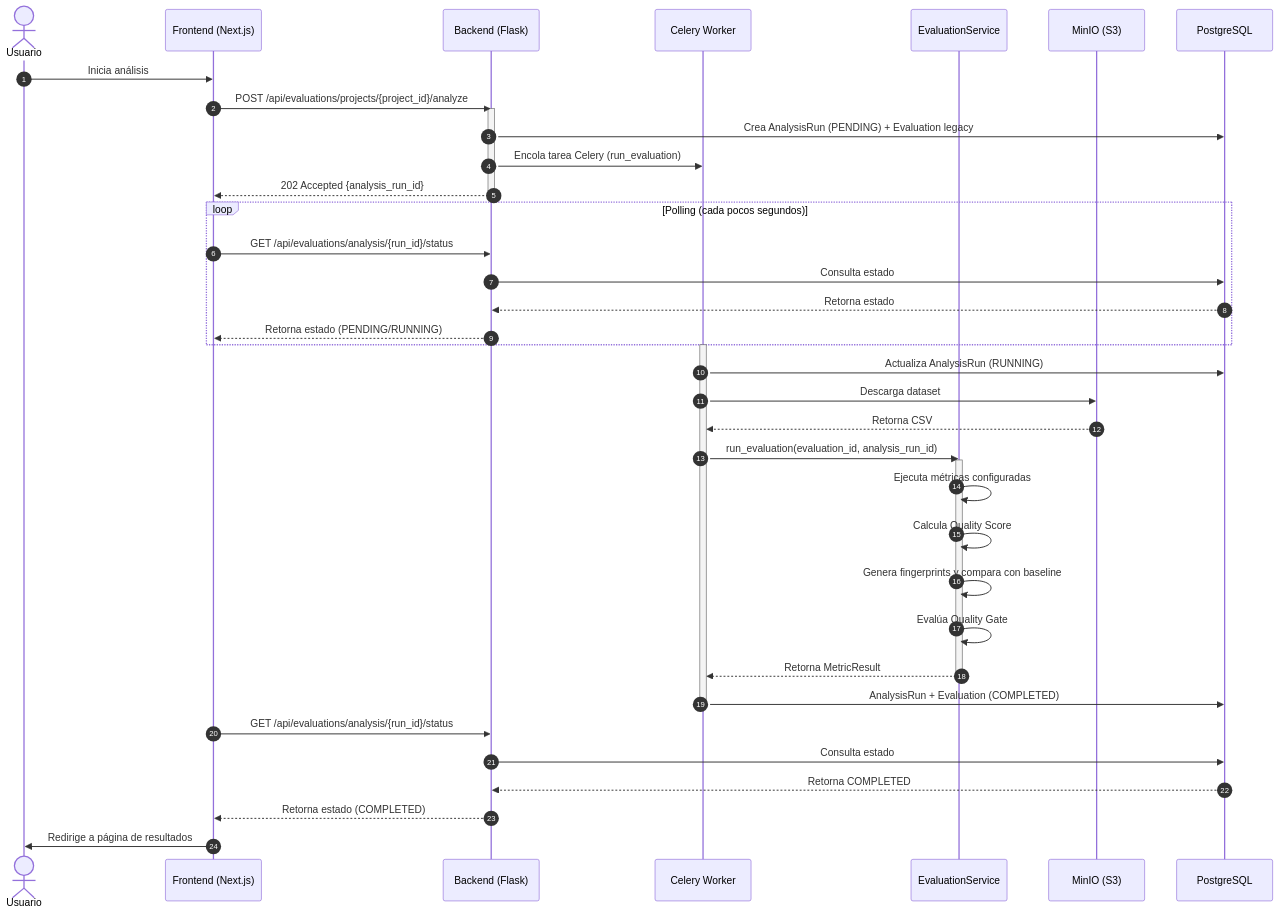
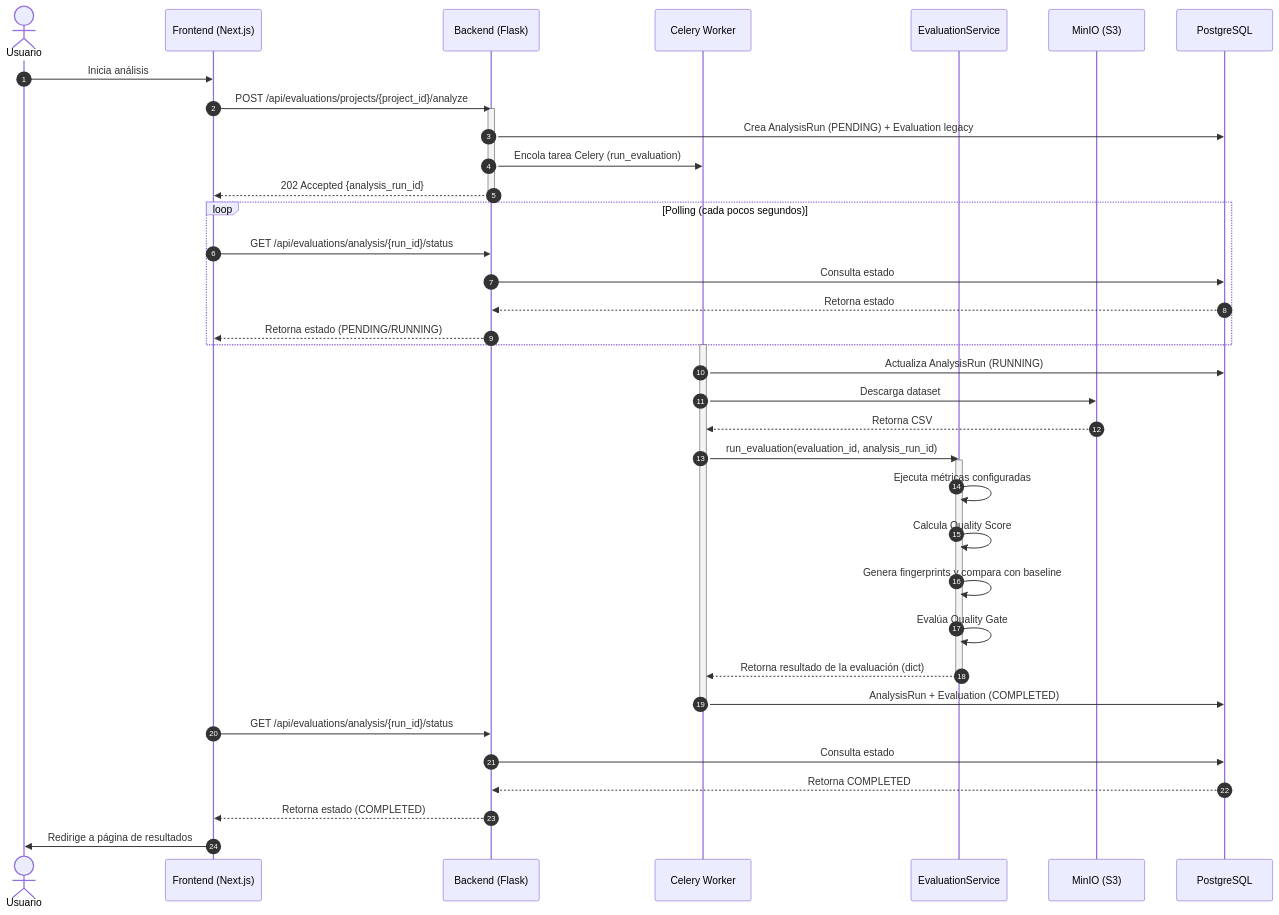
One commit to AlexSaiz222/TFG_CALIDAD_DATOS_IA changed the diagram in docs/TFG/GITA_TFG/misc/diagrama_secuencia.mmd. Above: the diagram before and after it, drawn with Mermaid. The commit also changed 12 other files, not shown here.

First line of the commit message:
Update TFG docs, diagrams and add coverage

```diff
--- a/docs/TFG/GITA_TFG/misc/diagrama_secuencia.mmd
+++ b/docs/TFG/GITA_TFG/misc/diagrama_secuencia.mmd
@@ -1,45 +1,45 @@
 sequenceDiagram
     autonumber
     actor Usuario as Usuario
     participant Frontend as Frontend (Next.js)
     participant Backend as Backend (Flask)
     participant Worker as Celery Worker
     participant ES as EvaluationService
     participant MinIO as MinIO (S3)
     participant DB as PostgreSQL
 
     Usuario->>Frontend: Inicia análisis
     Frontend->>Backend: POST /api/evaluations/projects/{project_id}/analyze
     activate Backend
     Backend->>DB: Crea AnalysisRun (PENDING) + Evaluation legacy
     Backend->>Worker: Encola tarea Celery (run_evaluation)
     Backend-->>Frontend: 202 Accepted {analysis_run_id}
     deactivate Backend
 
     loop Polling (cada pocos segundos)
         Frontend->>Backend: GET /api/evaluations/analysis/{run_id}/status
         Backend->>DB: Consulta estado
         DB-->>Backend: Retorna estado
         Backend-->>Frontend: Retorna estado (PENDING/RUNNING)
     end
 
     activate Worker
     Worker->>DB: Actualiza AnalysisRun (RUNNING)
     Worker->>MinIO: Descarga dataset
     MinIO-->>Worker: Retorna CSV
     Worker->>ES: run_evaluation(evaluation_id, analysis_run_id)
     activate ES
     ES->>ES: Ejecuta métricas configuradas
     ES->>ES: Calcula Quality Score
     ES->>ES: Genera fingerprints y compara con baseline
     ES->>ES: Evalúa Quality Gate
-    ES-->>Worker: Retorna MetricResult
+    ES-->>Worker: Retorna resultado de la evaluación (dict)
     deactivate ES
     Worker->>DB: AnalysisRun + Evaluation (COMPLETED)
     deactivate Worker
 
     Frontend->>Backend: GET /api/evaluations/analysis/{run_id}/status
     Backend->>DB: Consulta estado
     DB-->>Backend: Retorna COMPLETED
     Backend-->>Frontend: Retorna estado (COMPLETED)
     Frontend->>Usuario: Redirige a página de resultados
```
